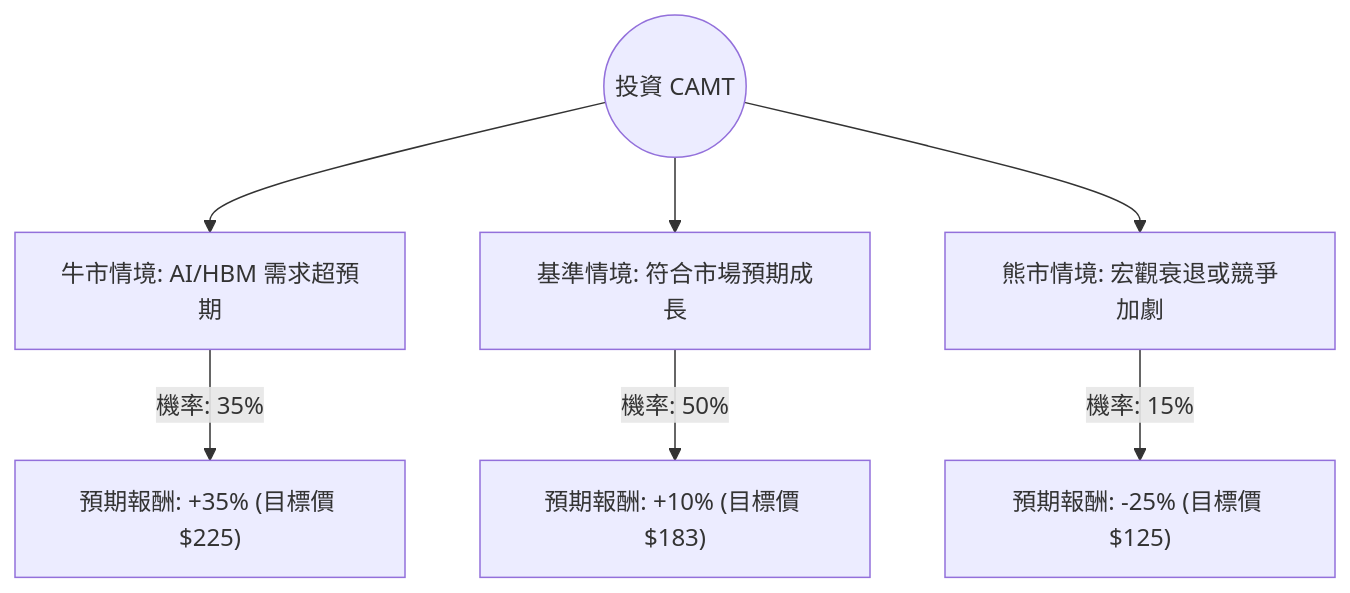
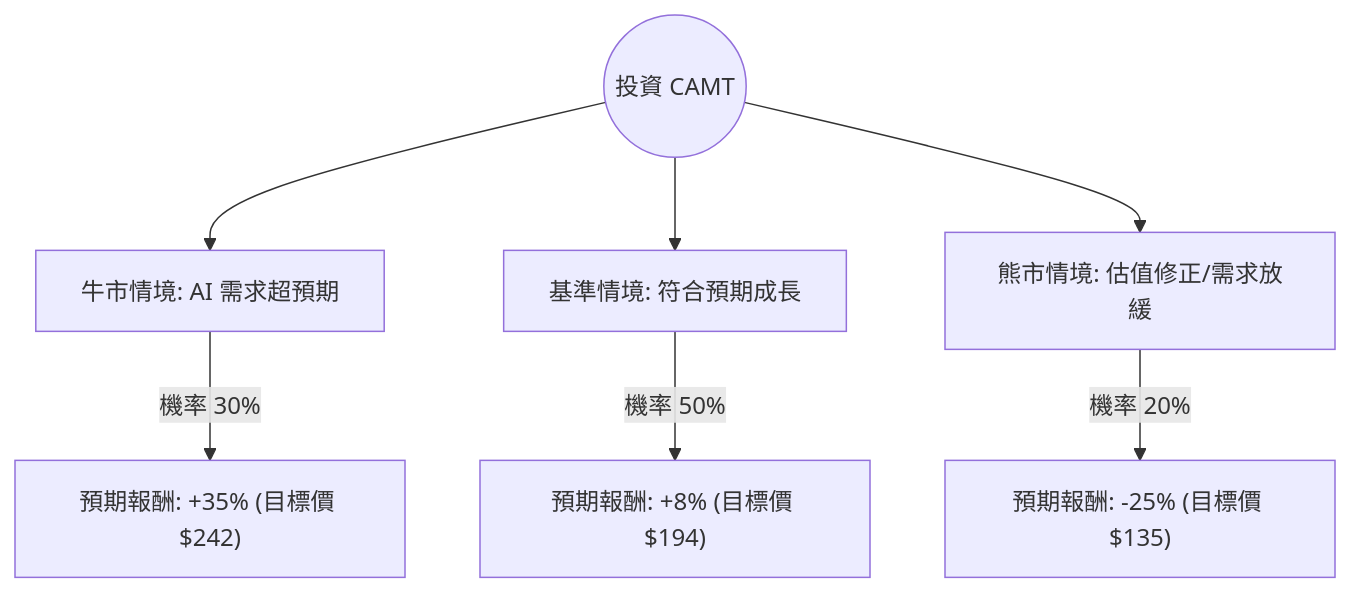
The diagram in plugin-react/ai-analysis/ev-analysis/CAMT.md (zmcx16/zmcx16.github.io), drawn with Mermaid before and after one commit. The commit also changed other lines of this file and 68 other files, not shown here.

````diff
--- a/plugin-react/ai-analysis/ev-analysis/CAMT.md
+++ b/plugin-react/ai-analysis/ev-analysis/CAMT.md
@@ -18,10 +21,10 @@
 ```mermaid
 graph TD
-    Start((投資 CAMT)) --> Bull[牛市情境: AI/HBM 需求超預期]
-    Start --> Base[基準情境: 符合市場預期成長]
-    Start --> Bear[熊市情境: 宏觀衰退或競爭加劇]
+    Start((投資 CAMT)) --> Bull[牛市情境: AI 需求超預期]
+    Start --> Base[基準情境: 符合預期成長]
+    Start --> Bear[熊市情境: 估值修正/需求放緩]
 
-    Bull -- "機率: 35%" --> BullVal["預期報酬: +35% (目標價 $225)"]
-    Base -- "機率: 50%" --> BaseVal["預期報酬: +10% (目標價 $183)"]
-    Bear -- "機率: 15%" --> BearVal["預期報酬: -25% (目標價 $125)"]
+    Bull -- "機率 30%" --> BullResult["預期報酬: +35% (目標價 $242)"]
+    Base -- "機率 50%" --> BaseResult["預期報酬: +8% (目標價 $194)"]
+    Bear -- "機率 20%" --> BearResult["預期報酬: -25% (目標價 $135)"]
 ```
````
